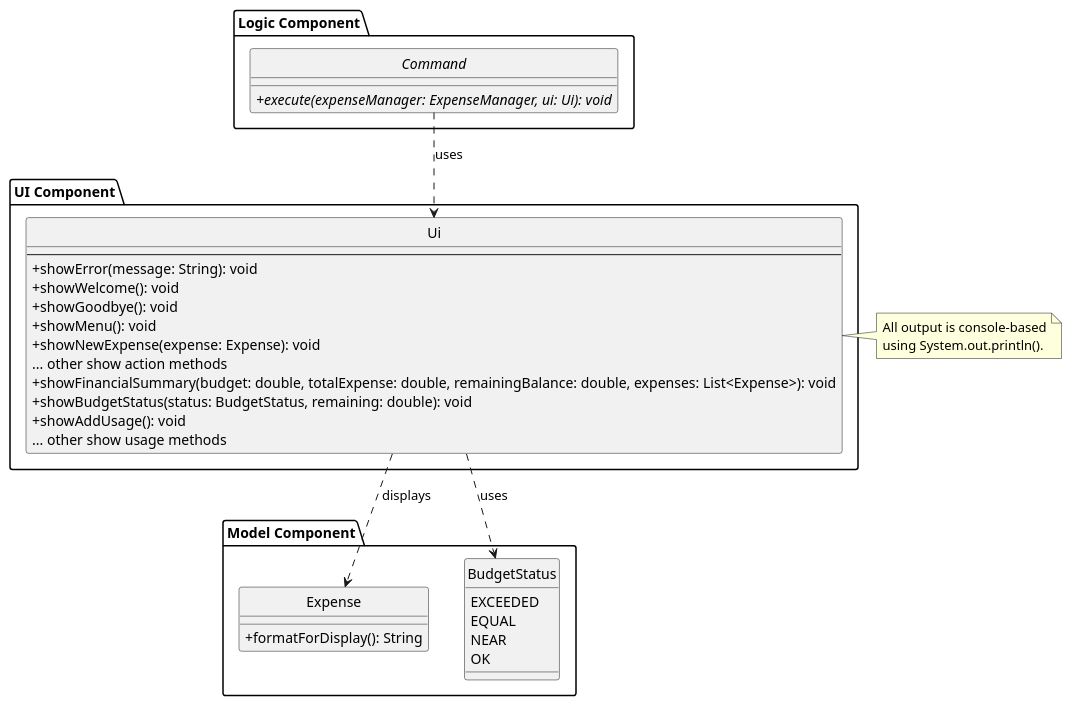
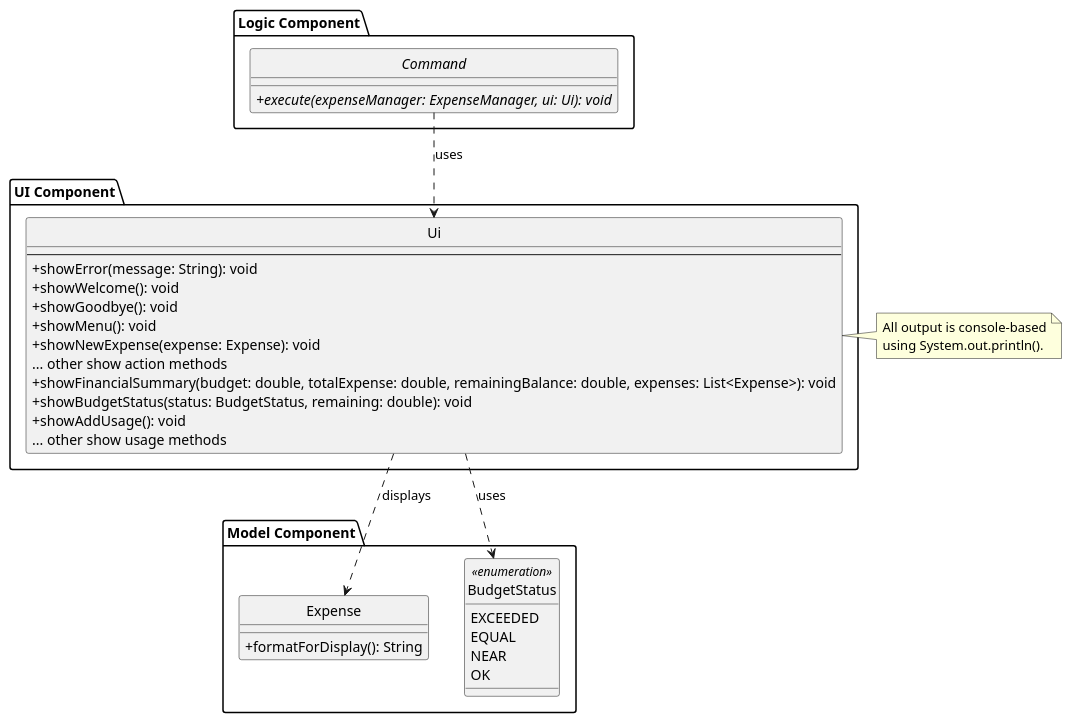
The diagram in docs/diagrams/ui-component-class.puml (aydrienlaw/tp), drawn with PlantUML before and after one commit. The commit also changed 2 other files, not shown here.

Commit message:
docs(developer-guide): annotate BudgetStatus as enumeration in class diagrams

```diff
--- a/docs/diagrams/ui-component-class.puml
+++ b/docs/diagrams/ui-component-class.puml
@@ -1,49 +1,49 @@
 @startuml
 hide circle
 skinparam classAttributeIconSize 0
 
 package "UI Component" {
     class Ui {
         --
         + showError(message: String): void
         + showWelcome(): void
         + showGoodbye(): void
         + showMenu(): void
         + showNewExpense(expense: Expense): void
         {method} ... other show action methods
         + showFinancialSummary(budget: double, totalExpense: double, remainingBalance: double, expenses: List<Expense>): void
         + showBudgetStatus(status: BudgetStatus, remaining: double): void
         + showAddUsage(): void
         {method} ... other show usage methods
     }
 }
 
 package "Model Component" {
     class Expense {
         + formatForDisplay(): String
     }
 
-    enum BudgetStatus {
+    enum BudgetStatus <<enumeration>> {
         EXCEEDED
         EQUAL
         NEAR
         OK
     }
 }
 
 package "Logic Component" {
     abstract class Command {
         + {abstract} execute(expenseManager: ExpenseManager, ui: Ui): void
     }
 }
 
 Ui ..> Expense : displays
 Ui ..> BudgetStatus : uses
 Command ..> Ui : uses
 
 note right of Ui
   All output is console-based
   using System.out.println().
 end note
 
 @enduml
```
